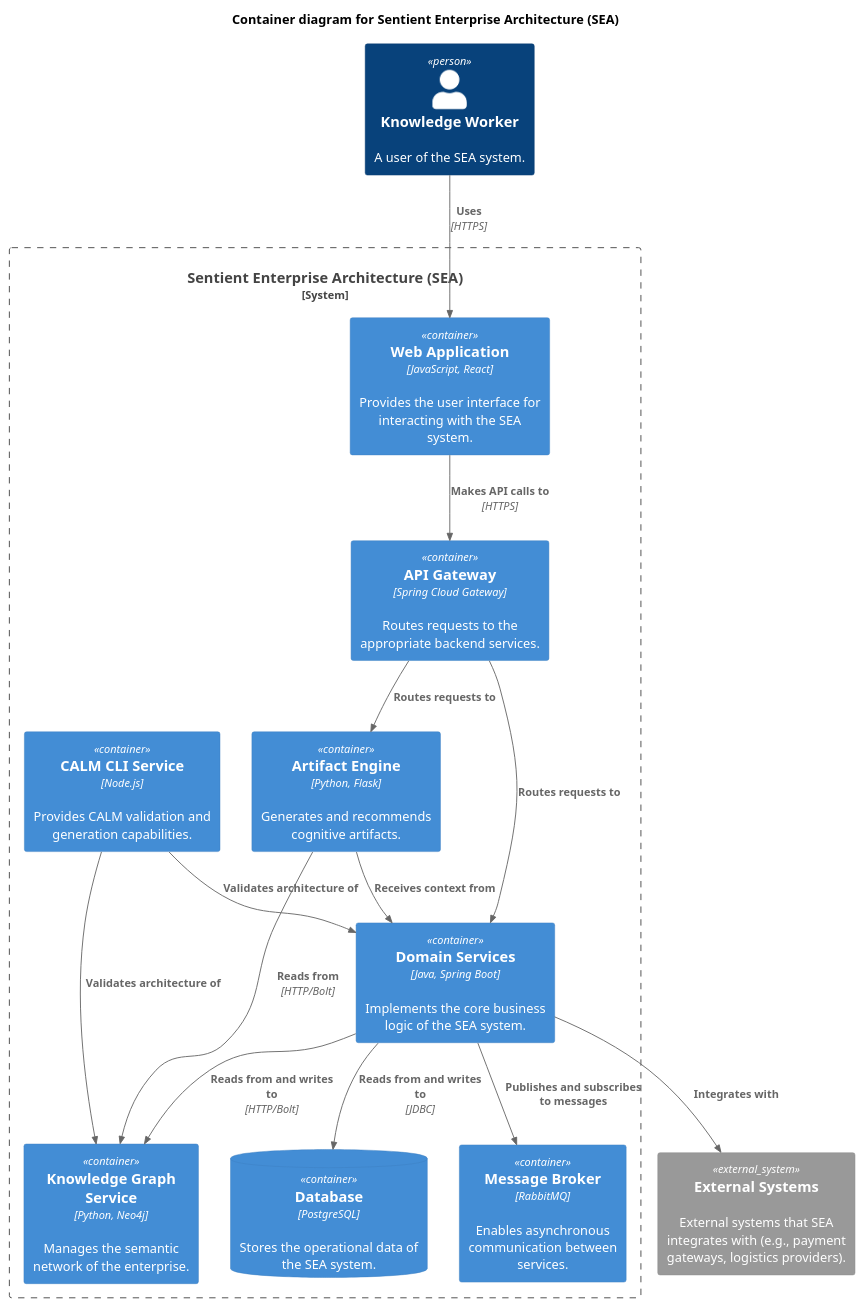
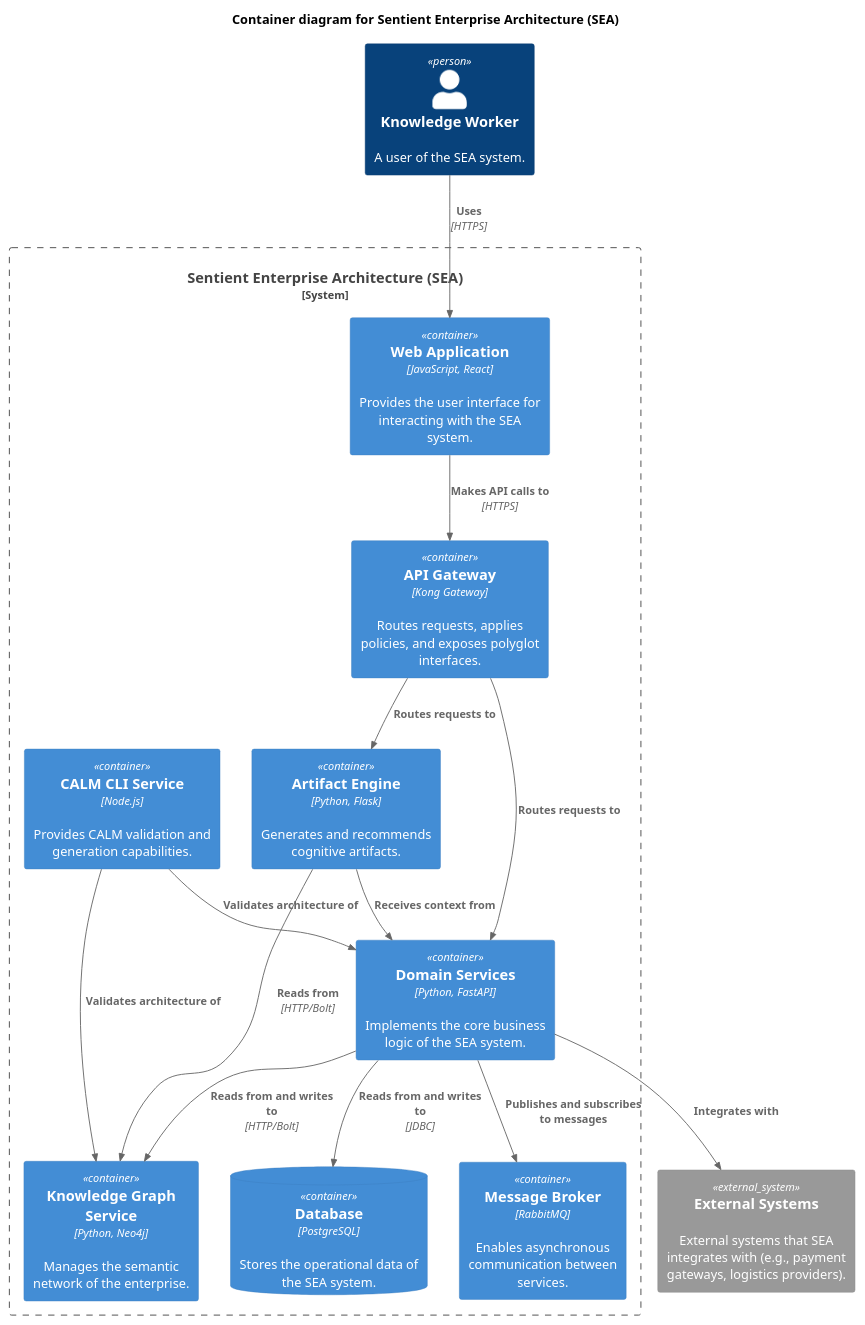
One commit to GodSpeedAI/SEA changed the second of 5 diagrams in docs/05-framework-documents/sea-full.md. Above: the diagram before and after it, drawn with PlantUML. The commit also changed other lines of this file and 39 other files, not shown here.

First line of the commit message:
Refactor documentation and architecture diagrams for SEA 5.0

````diff
--- a/docs/05-framework-documents/sea-full.md
+++ b/docs/05-framework-documents/sea-full.md
@@ -96,36 +96,36 @@
 ```plantuml
 @startuml C4_Container
 !include https://raw.githubusercontent.com/plantuml-stdlib/C4-PlantUML/master/C4_Container.puml
 
 TITLE Container diagram for Sentient Enterprise Architecture (SEA)
 
 Person(user, "Knowledge Worker", "A user of the SEA system.")
 
 System_Boundary(sea, "Sentient Enterprise Architecture (SEA)") {
     Container(webapp, "Web Application", "JavaScript, React", "Provides the user interface for interacting with the SEA system.")
-    Container(api_gateway, "API Gateway", "Spring Cloud Gateway", "Routes requests to the appropriate backend services.")
-    Container(domain_services, "Domain Services", "Java, Spring Boot", "Implements the core business logic of the SEA system.")
+    Container(api_gateway, "API Gateway", "Kong Gateway", "Routes requests, applies policies, and exposes polyglot interfaces.")
+    Container(domain_services, "Domain Services", "Python, FastAPI", "Implements the core business logic of the SEA system.")
     Container(knowledge_graph_service, "Knowledge Graph Service", "Python, Neo4j", "Manages the semantic network of the enterprise.")
     Container(artifact_engine, "Artifact Engine", "Python, Flask", "Generates and recommends cognitive artifacts.")
     Container(message_broker, "Message Broker", "RabbitMQ", "Enables asynchronous communication between services.")
     ContainerDb(database, "Database", "PostgreSQL", "Stores the operational data of the SEA system.")
     Container(calm_cli_service, "CALM CLI Service", "Node.js", "Provides CALM validation and generation capabilities.")
 }
 
 System_Ext(external_systems, "External Systems", "External systems that SEA integrates with (e.g., payment gateways, logistics providers).")
 
 Rel(user, webapp, "Uses", "HTTPS")
 Rel(webapp, api_gateway, "Makes API calls to", "HTTPS")
 Rel(api_gateway, domain_services, "Routes requests to")
 Rel(domain_services, database, "Reads from and writes to", "JDBC")
 Rel(domain_services, knowledge_graph_service, "Reads from and writes to", "HTTP/Bolt")
 Rel(domain_services, message_broker, "Publishes and subscribes to messages")
 Rel(artifact_engine, knowledge_graph_service, "Reads from", "HTTP/Bolt")
 Rel(artifact_engine, domain_services, "Receives context from")
 Rel(api_gateway, artifact_engine, "Routes requests to")
 Rel(domain_services, external_systems, "Integrates with")
 Rel(calm_cli_service, domain_services, "Validates architecture of")
 Rel(calm_cli_service, knowledge_graph_service, "Validates architecture of")
 
 @enduml
 ```
````
